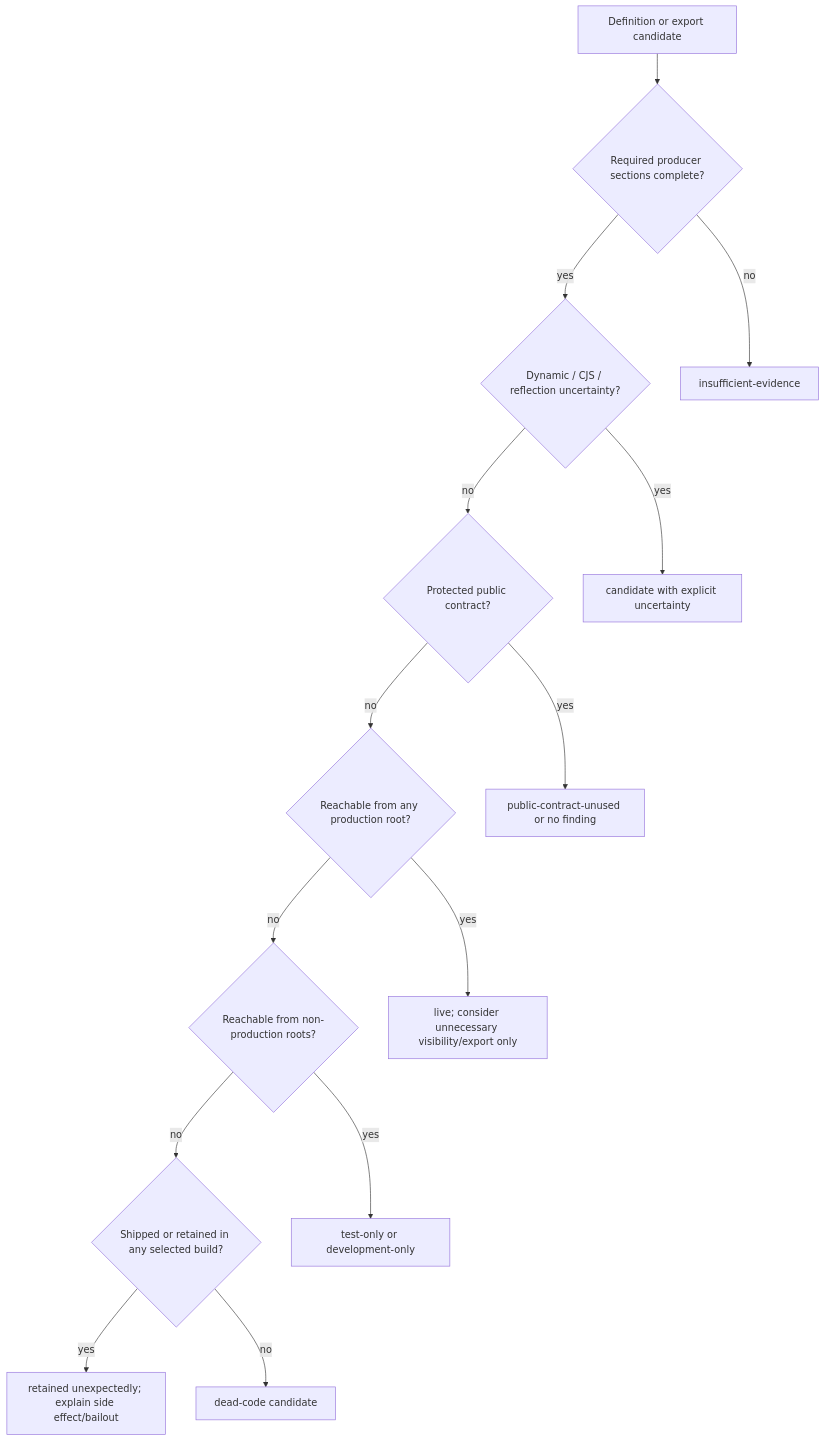
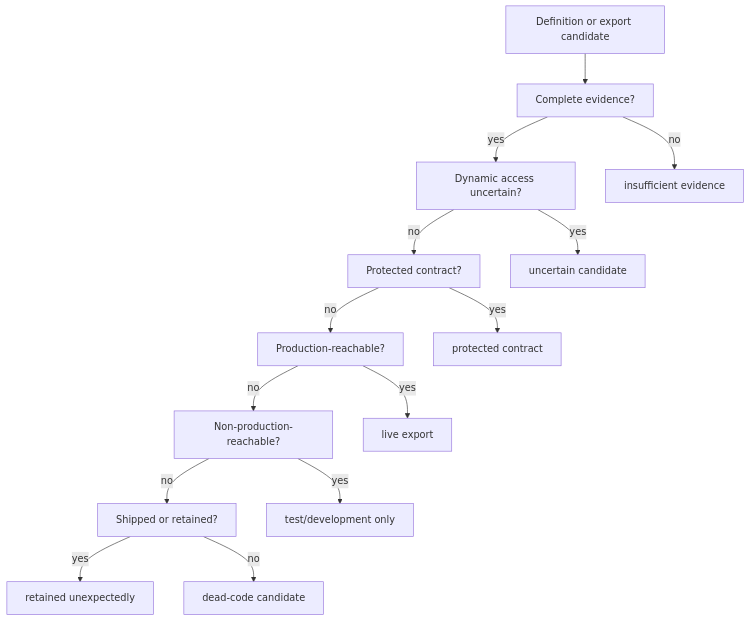
One commit to rstackjs/rstack-cli changed the fifth of 10 diagrams in docs/rfcs/0001-rstack-context-engine.md. Above: the diagram before and after it, drawn with Mermaid. The commit also changed other lines of this file, not shown here.

Commit message:
docs: improve RFC architecture diagrams

````diff
--- a/docs/rfcs/0001-rstack-context-engine.md
+++ b/docs/rfcs/0001-rstack-context-engine.md
@@ -547,24 +535,32 @@
 ```mermaid
-flowchart TD
+flowchart TB
   Start["Definition or export candidate"]
-  Complete{"Required producer sections complete?"}
-  Dynamic{"Dynamic / CJS / reflection uncertainty?"}
-  Contract{"Protected public contract?"}
-  Prod{"Reachable from any production root?"}
-  NonProd{"Reachable from non-production roots?"}
-  Shipped{"Shipped or retained in any selected build?"}
+  Complete["Complete evidence?"]
+  Dynamic["Dynamic access uncertain?"]
+  Contract["Protected contract?"]
+  Prod["Production-reachable?"]
+  NonProd["Non-production-reachable?"]
+  Shipped["Shipped or retained?"]
 
   Start --> Complete
-  Complete -- "no" --> Partial["insufficient-evidence"]
+  Complete -- "no" --> Partial
   Complete -- "yes" --> Dynamic
-  Dynamic -- "yes" --> Candidate["candidate with explicit uncertainty"]
+  Dynamic -- "yes" --> Candidate
   Dynamic -- "no" --> Contract
-  Contract -- "yes" --> Protected["public-contract-unused or no finding"]
+  Contract -- "yes" --> Protected
   Contract -- "no" --> Prod
-  Prod -- "yes" --> Live["live; consider unnecessary visibility/export only"]
+  Prod -- "yes" --> Live
   Prod -- "no" --> NonProd
-  NonProd -- "yes" --> TestOnly["test-only or development-only"]
+  NonProd -- "yes" --> TestOnly
   NonProd -- "no" --> Shipped
-  Shipped -- "yes" --> Retained["retained unexpectedly; explain side effect/bailout"]
-  Shipped -- "no" --> Dead["dead-code candidate"]
+  Shipped -- "yes" --> Retained
+  Shipped -- "no" --> Dead
+
+  Partial["insufficient evidence"]
+  Candidate["uncertain candidate"]
+  Protected["protected contract"]
+  Live["live export"]
+  TestOnly["test/development only"]
+  Retained["retained unexpectedly"]
+  Dead["dead-code candidate"]
 ```
````
